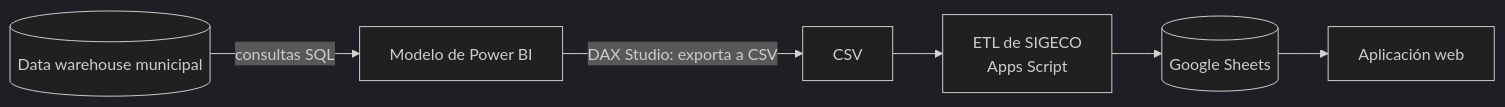
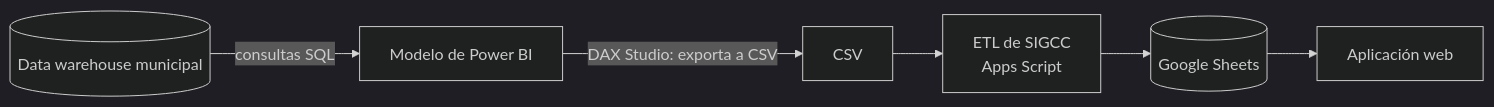
The diagram in consultas/README.md (jamil73jev/Financial-Collections-Management-System), drawn with Mermaid (dark theme) before and after one commit. The commit also changed other lines of this file and 9 other files, not shown here.

First line of the commit message:
Renombrar SIGECO a SIGCC y alinear la documentación

````diff
--- a/consultas/README.md
+++ b/consultas/README.md
@@ -10,9 +10,9 @@
 ```mermaid
 flowchart LR
     DW[("Data warehouse municipal")]
     DW -->|"consultas SQL"| PBI["Modelo de Power BI"]
     PBI -->|"DAX Studio: exporta a CSV"| CSV["CSV"]
-    CSV --> ETL["ETL de SIGECO<br/>Apps Script"]
+    CSV --> ETL["ETL de SIGCC<br/>Apps Script"]
     ETL --> SH[("Google Sheets")]
     SH --> APP["Aplicación web"]
 ```
````
